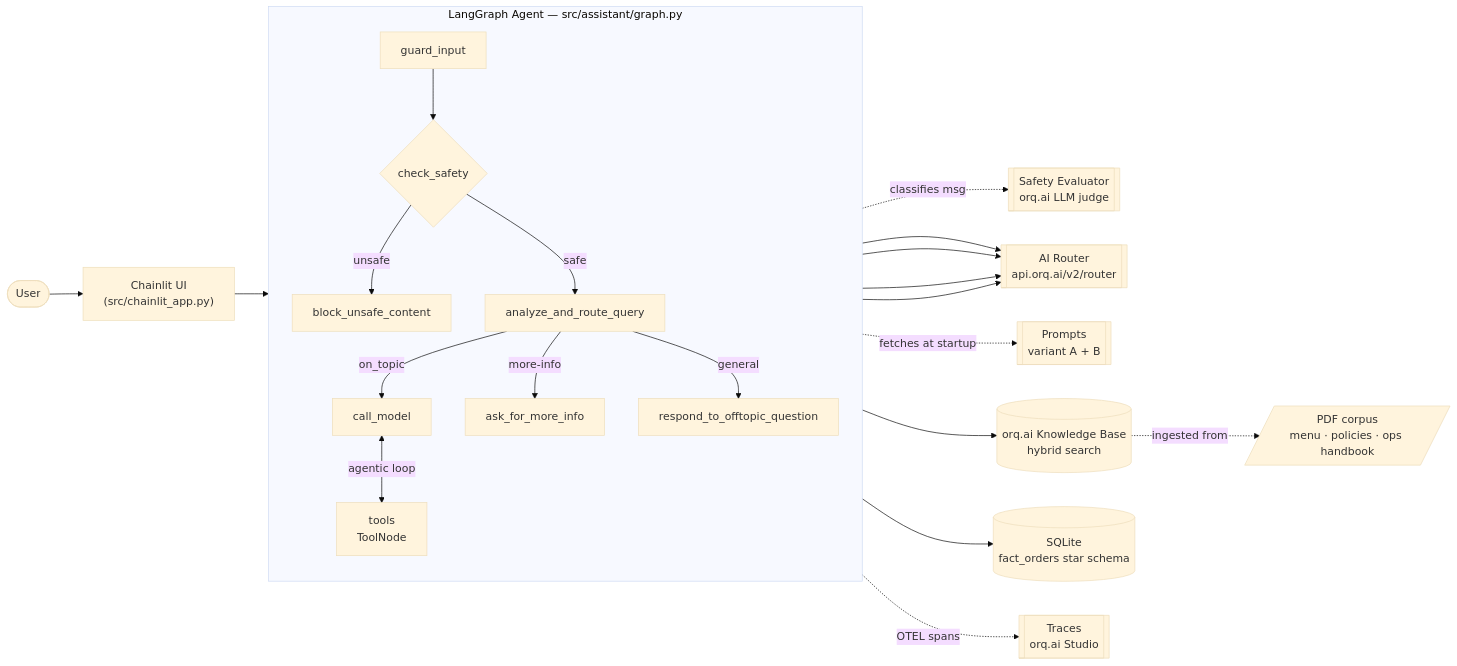
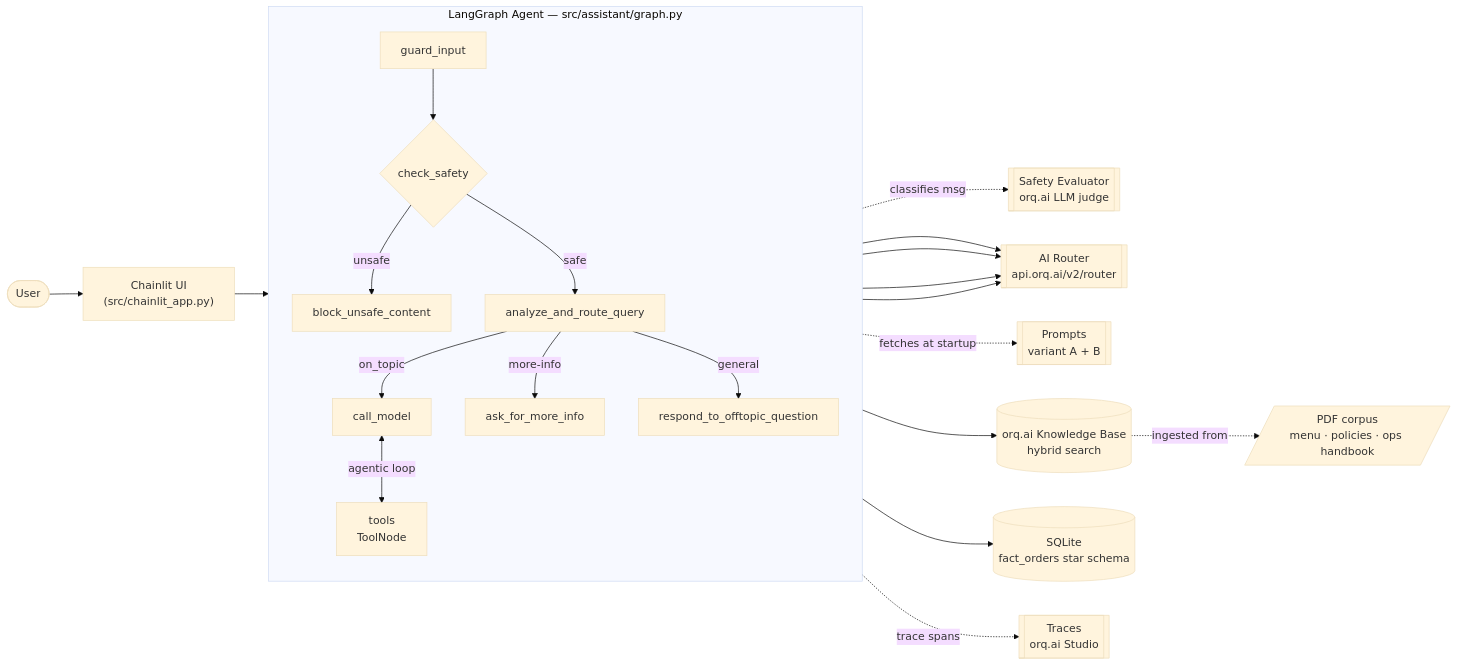
Before and after one commit to orq-ai/orq-langgraph-demo: the first of 2 diagrams in ARCHITECTURE.md, drawn with Mermaid (base theme). The commit also changed other lines of this file and 4 other files, not shown here.

````diff
--- a/ARCHITECTURE.md
+++ b/ARCHITECTURE.md
@@ -13,38 +16,38 @@
 ```mermaid
 flowchart LR
     User([User])
     User --> Chainlit["Chainlit UI<br/>(src/chainlit_app.py)"]
     Chainlit --> Graph
 
     subgraph Graph ["LangGraph Agent — src/assistant/graph.py"]
         direction TB
         GuardInput[guard_input]
         Route[analyze_and_route_query]
         CheckSafety{check_safety}
         Block[block_unsafe_content]
         AskMore[ask_for_more_info]
         OffTopic[respond_to_offtopic_question]
         CallModel[call_model]
         ToolsNode[tools<br/>ToolNode]
 
         GuardInput --> CheckSafety
         CheckSafety -- unsafe --> Block
         CheckSafety -- safe --> Route
         Route -- on_topic --> CallModel
         Route -- more-info --> AskMore
         Route -- general --> OffTopic
         CallModel <-->|agentic loop| ToolsNode
     end
 
     GuardInput -.classifies msg.-> SafetyEval[["Safety Evaluator<br/>orq.ai LLM judge"]]
     Route --> AIRouter[["AI Router<br/>api.orq.ai/v2/router"]]
     CallModel --> AIRouter
     AskMore --> AIRouter
     OffTopic --> AIRouter
     CallModel -.fetches at startup.-> Prompts[["Prompts<br/>variant A + B"]]
     ToolsNode --> KB[("orq.ai Knowledge Base<br/>hybrid search")]
     ToolsNode --> SQLite[("SQLite<br/>fact_orders star schema")]
     KB -.ingested from.-> PDFs[/"PDF corpus<br/>menu · policies · ops handbook"/]
 
-    Graph -.OTEL spans.-> Traces[["Traces<br/>orq.ai Studio"]]
+    Graph -.trace spans.-> Traces[["Traces<br/>orq.ai Studio"]]
 ```
````
